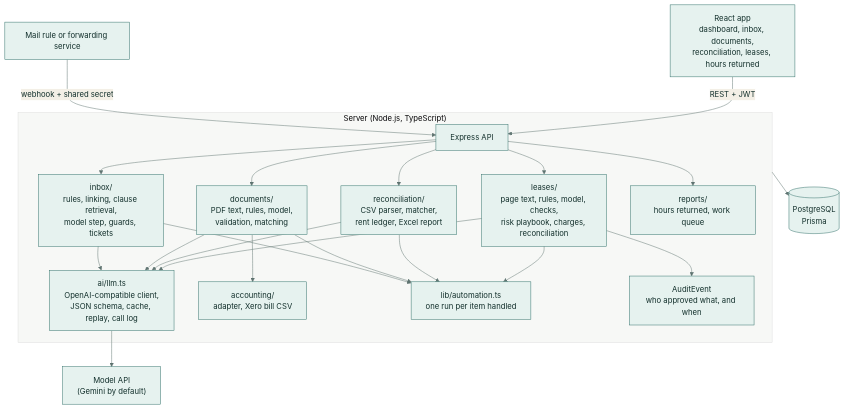
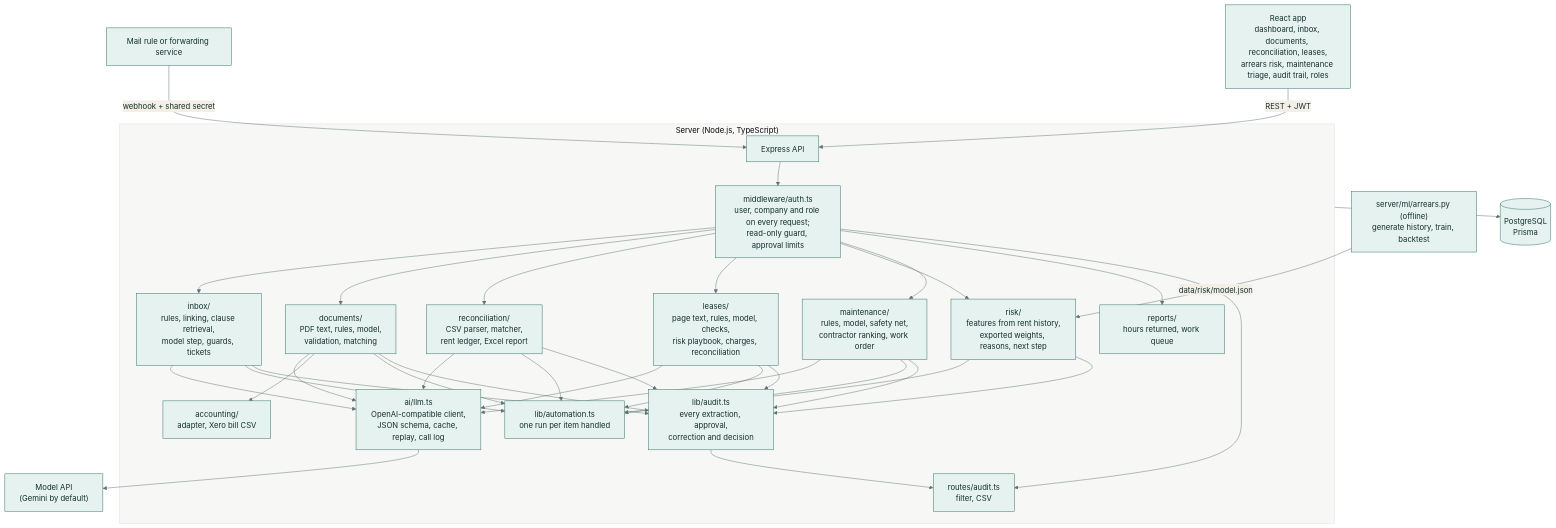
Before and after one commit to samiulhuda360/property-ops-ai: the first of 8 diagrams in README.md, drawn with Mermaid. The commit also changed other lines of this file and 7 other files, not shown here.

Commit message:
README: the two companies, roles and audit trail, arrears risk and maintenance triage, with screenshots, a demo recording and the measured results

````diff
--- a/README.md
+++ b/README.md
@@ -151,25 +226,39 @@
 ```mermaid
 %%{init: {"theme": "base", "themeVariables": {"primaryColor": "#e6f2ef", "primaryBorderColor": "#2f6f68", "primaryTextColor": "#13302c", "lineColor": "#5f7471", "secondaryColor": "#f3efe6", "tertiaryColor": "#f7f8f6"}}}%%
 flowchart TD
     MAIL["Mail rule or forwarding service"] -->|"webhook + shared secret"| API
-    BROWSER["React app<br/>dashboard, inbox, documents,<br/>reconciliation, leases, hours returned"] -->|"REST + JWT"| API["Express API"]
+    BROWSER["React app<br/>dashboard, inbox, documents, reconciliation, leases,<br/>arrears risk, maintenance triage, audit trail, roles"] -->|"REST + JWT"| API["Express API"]
     subgraph SERVER["Server (Node.js, TypeScript)"]
-        API --> INBOX["inbox/<br/>rules, linking, clause retrieval,<br/>model step, guards, tickets"]
-        API --> DOCS["documents/<br/>PDF text, rules, model,<br/>validation, matching"]
-        API --> RECON["reconciliation/<br/>CSV parser, matcher,<br/>rent ledger, Excel report"]
-        API --> LEASES["leases/<br/>page text, rules, model, checks,<br/>risk playbook, charges, reconciliation"]
-        API --> REPORTS["reports/<br/>hours returned, work queue"]
+        API --> AUTH["middleware/auth.ts<br/>user, company and role on every request;<br/>read-only guard, approval limits"]
+        AUTH --> INBOX["inbox/<br/>rules, linking, clause retrieval,<br/>model step, guards, tickets"]
+        AUTH --> DOCS["documents/<br/>PDF text, rules, model,<br/>validation, matching"]
+        AUTH --> RECON["reconciliation/<br/>CSV parser, matcher,<br/>rent ledger, Excel report"]
+        AUTH --> LEASES["leases/<br/>page text, rules, model, checks,<br/>risk playbook, charges, reconciliation"]
+        AUTH --> RISK["risk/<br/>features from rent history,<br/>exported weights, reasons, next step"]
+        AUTH --> MAINT["maintenance/<br/>rules, model, safety net,<br/>contractor ranking, work order"]
+        AUTH --> REPORTS["reports/<br/>hours returned, work queue"]
+        AUTH --> AUDITAPI["routes/audit.ts<br/>filter, CSV"]
         INBOX --> LLM["ai/llm.ts<br/>OpenAI-compatible client,<br/>JSON schema, cache, replay, call log"]
         DOCS --> LLM
         RECON --> LLM
         LEASES --> LLM
+        MAINT --> LLM
         DOCS --> ACC["accounting/<br/>adapter, Xero bill CSV"]
         INBOX --> RUNS["lib/automation.ts<br/>one run per item handled"]
         DOCS --> RUNS
         RECON --> RUNS
         LEASES --> RUNS
-        LEASES --> AUDIT["AuditEvent<br/>who approved what, and when"]
+        RISK --> RUNS
+        MAINT --> RUNS
+        INBOX --> AUDIT["lib/audit.ts<br/>every extraction, approval,<br/>correction and decision"]
+        DOCS --> AUDIT
+        RECON --> AUDIT
+        LEASES --> AUDIT
+        RISK --> AUDIT
+        MAINT --> AUDIT
+        AUDIT --> AUDITAPI
     end
     LLM --> MODEL["Model API<br/>(Gemini by default)"]
     SERVER --> DB[("PostgreSQL<br/>Prisma")]
+    ML["server/ml/arrears.py (offline)<br/>generate history, train, backtest"] -->|"data/risk/model.json"| RISK
 ```
````
